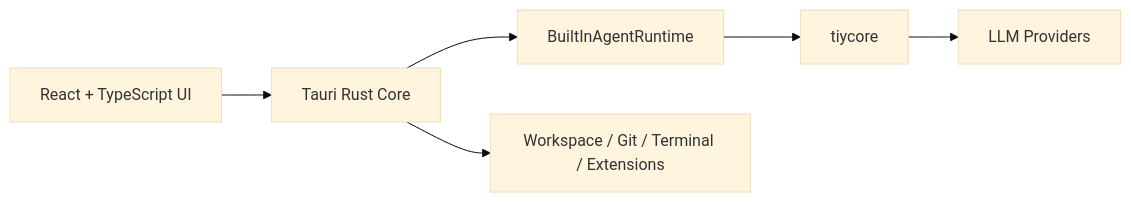
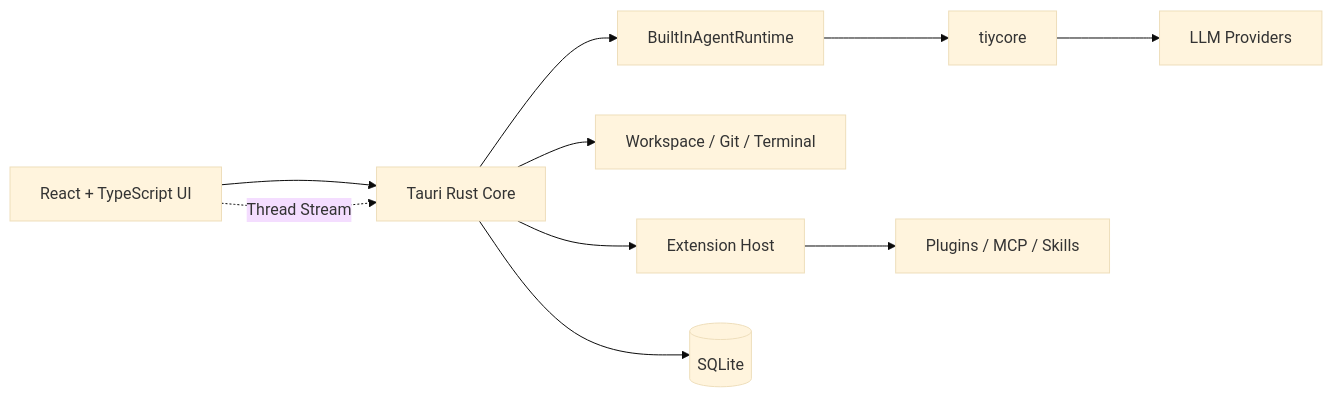
Before and after one commit to TiyAgents/tiycode: the diagram in README.md, drawn with Mermaid (base theme). The commit also changed other lines of this file and 1 other file, not shown here.

````diff
--- a/README.md
+++ b/README.md
@@ -102,8 +108,12 @@
 ```mermaid
 flowchart LR
   UI[React + TypeScript UI] --> TAURI[Tauri Rust Core]
   TAURI --> RUNTIME[BuiltInAgentRuntime]
   RUNTIME --> CORE[tiycore]
-  TAURI --> TOOLS[Workspace / Git / Terminal / Extensions]
+  TAURI --> TOOLS[Workspace / Git / Terminal]
+  TAURI --> EXT[Extension Host]
+  EXT --> PLUGINS[Plugins / MCP / Skills]
   CORE --> LLM[LLM Providers]
+  TAURI --> DB[(SQLite)]
+  UI -.->|Thread Stream| TAURI
 ```
````
